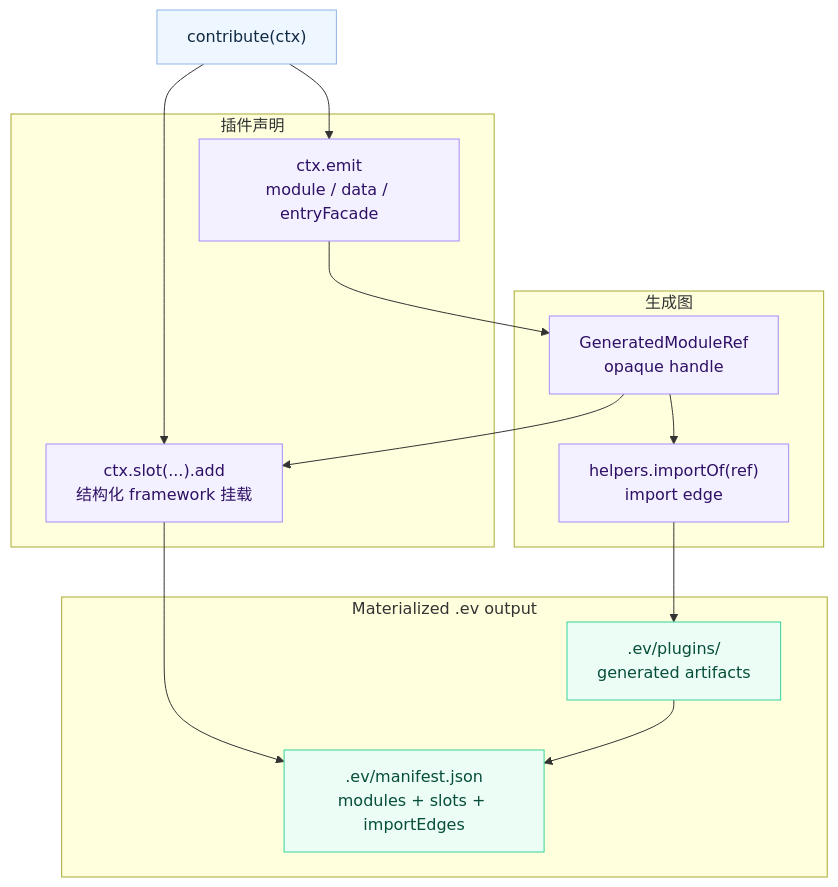
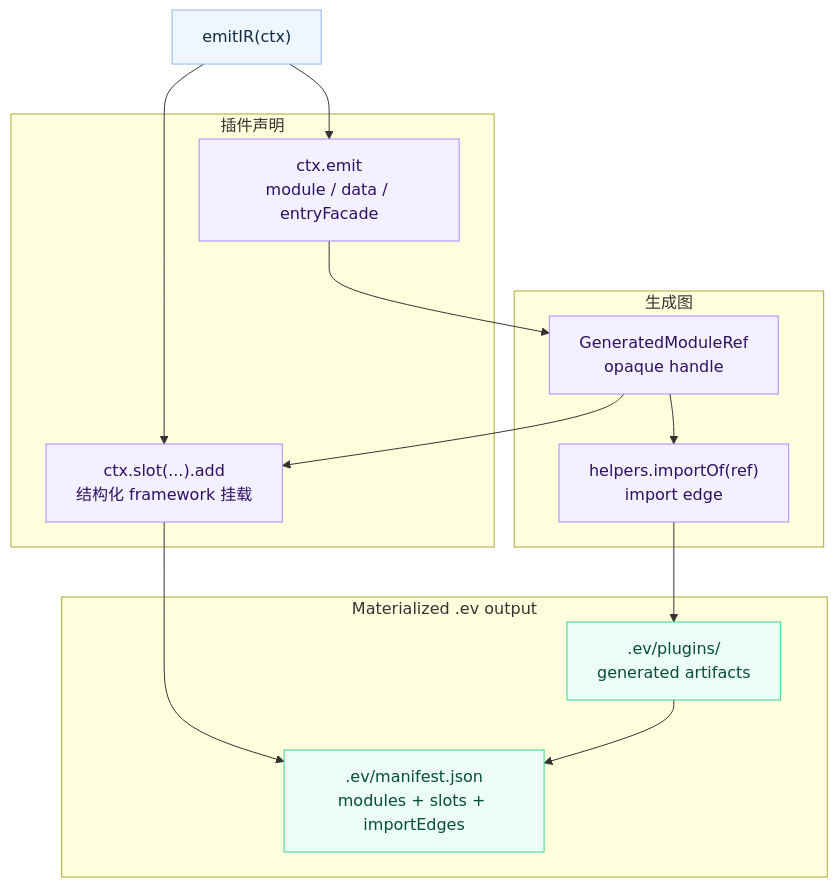
One commit to afx-team/evjs changed the diagram in docs/i18n/zh-Hans/docusaurus-plugin-content-docs/current/generated-contributions.md. Above: the diagram before and after it, drawn with Mermaid. The commit also changed other lines of this file and 106 other files, not shown here.

````diff
--- a/docs/i18n/zh-Hans/docusaurus-plugin-content-docs/current/generated-contributions.md
+++ b/docs/i18n/zh-Hans/docusaurus-plugin-content-docs/current/generated-contributions.md
@@ -21,35 +21,35 @@
 ```mermaid
 flowchart TB
-  Hook["contribute(ctx)"]
+  Hook["emitIR(ctx)"]
 
   subgraph Declare["插件声明"]
     Emit["ctx.emit\nmodule / data / entryFacade"]
     Slot["ctx.slot(...).add\n结构化 framework 挂载"]
   end
 
   subgraph Link["生成图"]
     Ref["GeneratedModuleRef\nopaque handle"]
     Edge["helpers.importOf(ref)\nimport edge"]
   end
 
   subgraph Materialize["Materialized .ev output"]
     Files[".ev/plugins/<id>\ngenerated artifacts"]
     Manifest[".ev/manifest.json\nmodules + slots + importEdges"]
   end
 
   Hook --> Emit
   Hook --> Slot
   Emit --> Ref
   Ref --> Edge
   Ref --> Slot
   Edge --> Files
   Slot --> Manifest
   Files --> Manifest
 
   classDef hook fill:#eef6ff,stroke:#8fb5e8,color:#102a43;
   classDef declaration fill:#f3f0ff,stroke:#a78bfa,color:#2e1065;
   classDef output fill:#ecfdf5,stroke:#34d399,color:#064e3b;
   class Hook hook;
   class Emit,Slot,Ref,Edge declaration;
   class Files,Manifest output;
 ```
````
